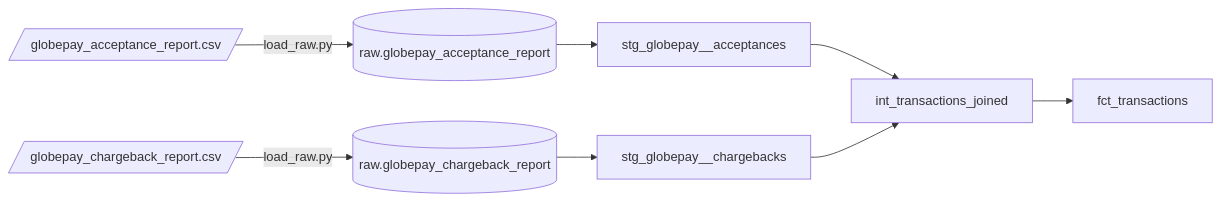
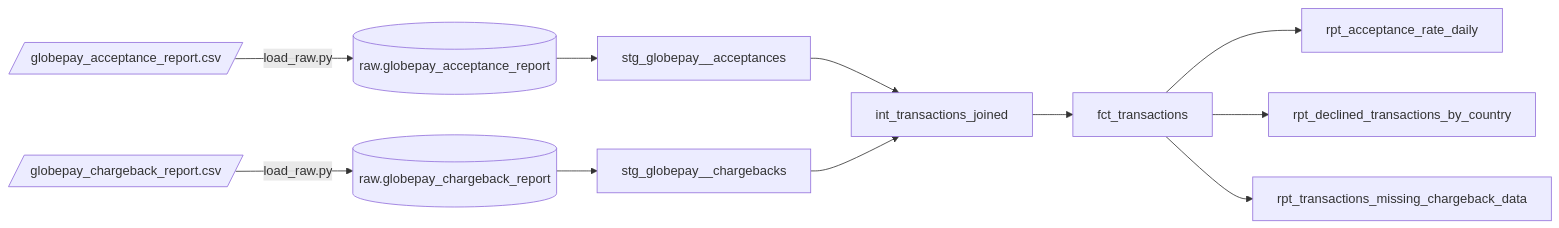
The diagram in docs/part_1_data_modeling.md (rafael-piva/deel-analytics-engineering), drawn with Mermaid before and after one commit. The commit also changed other lines of this file and 11 other files, not shown here.

````diff
--- a/docs/part_1_data_modeling.md
+++ b/docs/part_1_data_modeling.md
@@ -117,10 +122,13 @@
 ```mermaid
 flowchart LR
     csv_a[/globepay_acceptance_report.csv/] -->|load_raw.py| raw_a[(raw.globepay_acceptance_report)]
     csv_c[/globepay_chargeback_report.csv/] -->|load_raw.py| raw_c[(raw.globepay_chargeback_report)]
     raw_a --> stg_a[stg_globepay__acceptances]
     raw_c --> stg_c[stg_globepay__chargebacks]
     stg_a --> int[int_transactions_joined]
     stg_c --> int
     int --> fct[fct_transactions]
+    fct --> rpt_a[rpt_acceptance_rate_daily]
+    fct --> rpt_d[rpt_declined_transactions_by_country]
+    fct --> rpt_m[rpt_transactions_missing_chargeback_data]
 ```
````
